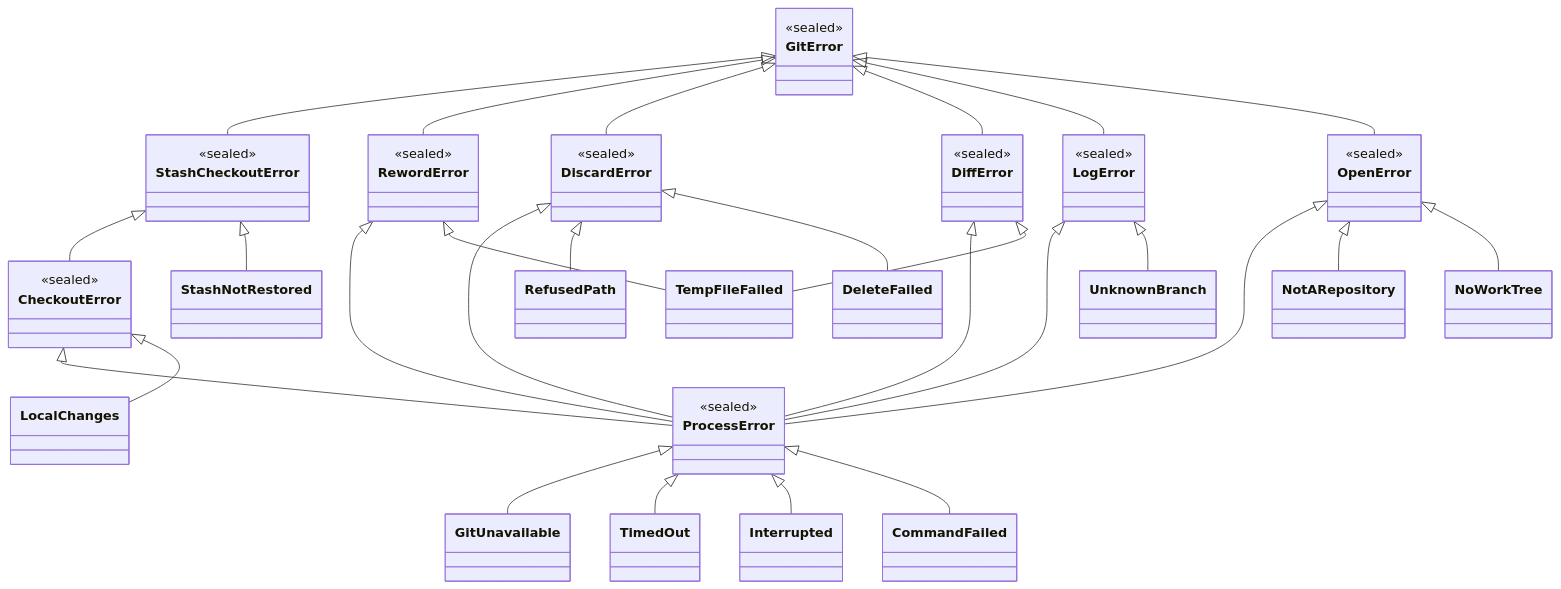
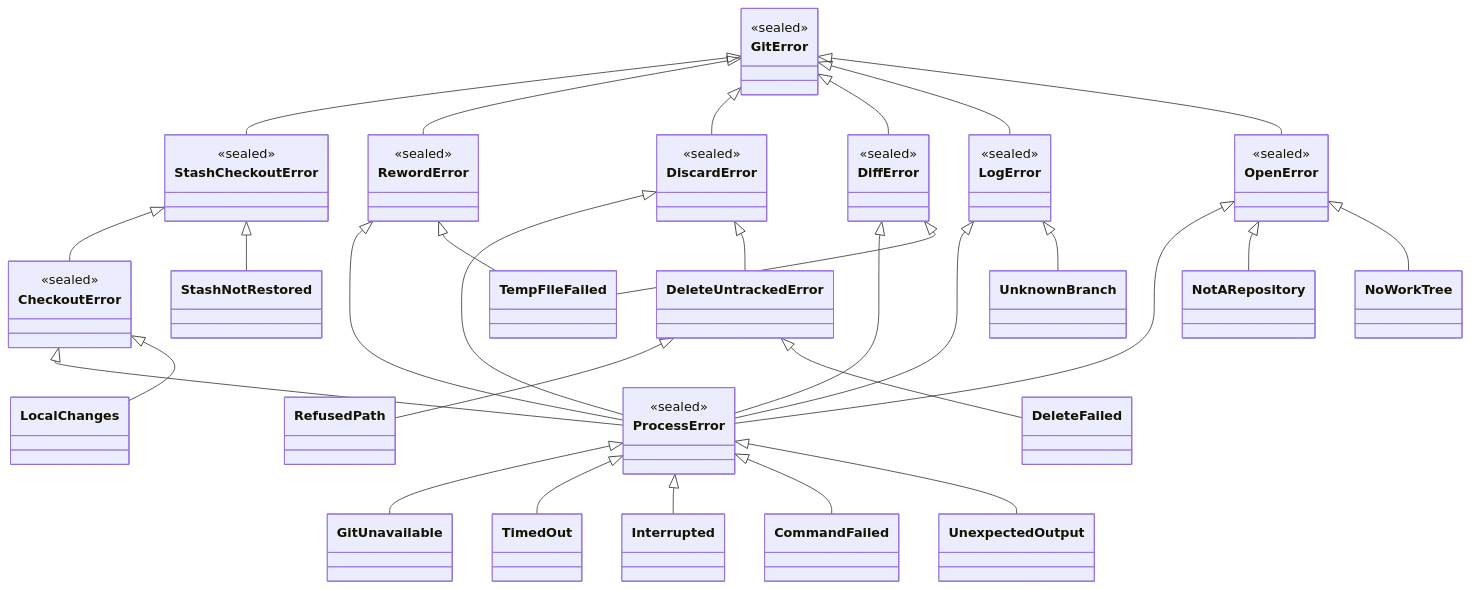
Before and after one commit to cvanfleteren/jazygit: the fifth of 7 diagrams in ARCHITECTURE.md, drawn with Mermaid. The commit also changed other lines of this file and 7 other files, not shown here.

First line of the commit message:
Replace the last nulls and imperative code, update the architecture

````diff
--- a/ARCHITECTURE.md
+++ b/ARCHITECTURE.md
@@ -259,59 +274,61 @@
 ```mermaid
 classDiagram
     direction BT
     class GitError {
         <<sealed>>
     }
     class ProcessError {
         <<sealed>>
     }
     class CheckoutError {
         <<sealed>>
     }
     class StashCheckoutError {
         <<sealed>>
     }
     class RewordError {
         <<sealed>>
     }
     class DiscardError {
         <<sealed>>
     }
     class DiffError {
         <<sealed>>
     }
     class LogError {
         <<sealed>>
     }
     class OpenError {
         <<sealed>>
     }
 
     StashCheckoutError --|> GitError
     CheckoutError --|> StashCheckoutError
     RewordError --|> GitError
     DiscardError --|> GitError
     DiffError --|> GitError
     LogError --|> GitError
     OpenError --|> GitError
     ProcessError --|> CheckoutError
     ProcessError --|> RewordError
     ProcessError --|> DiscardError
     ProcessError --|> DiffError
     ProcessError --|> LogError
     ProcessError --|> OpenError
 
     GitUnavailable --|> ProcessError
     TimedOut --|> ProcessError
     Interrupted --|> ProcessError
     CommandFailed --|> ProcessError
+    UnexpectedOutput --|> ProcessError
     LocalChanges --|> CheckoutError
     StashNotRestored --|> StashCheckoutError
     TempFileFailed --|> RewordError
     TempFileFailed --|> DiffError
     UnknownBranch --|> LogError
-    RefusedPath --|> DiscardError
-    DeleteFailed --|> DiscardError
+    DeleteUntrackedError --|> DiscardError
+    RefusedPath --|> DeleteUntrackedError
+    DeleteFailed --|> DeleteUntrackedError
     NotARepository --|> OpenError
     NoWorkTree --|> OpenError
 ```
````
